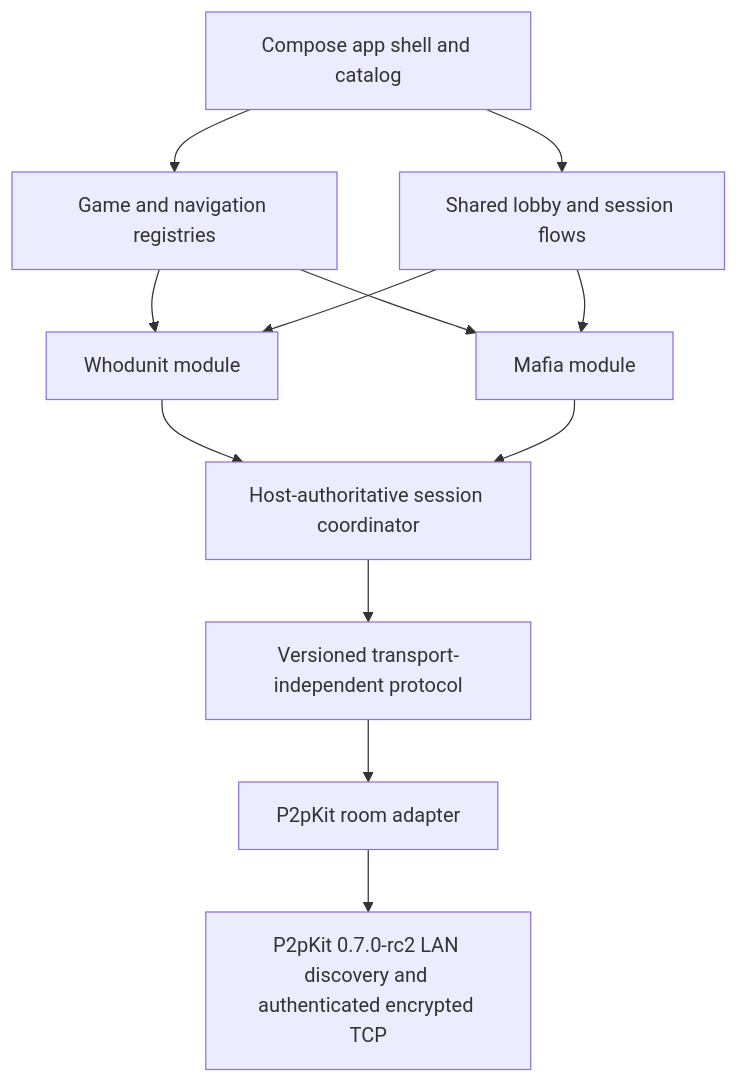
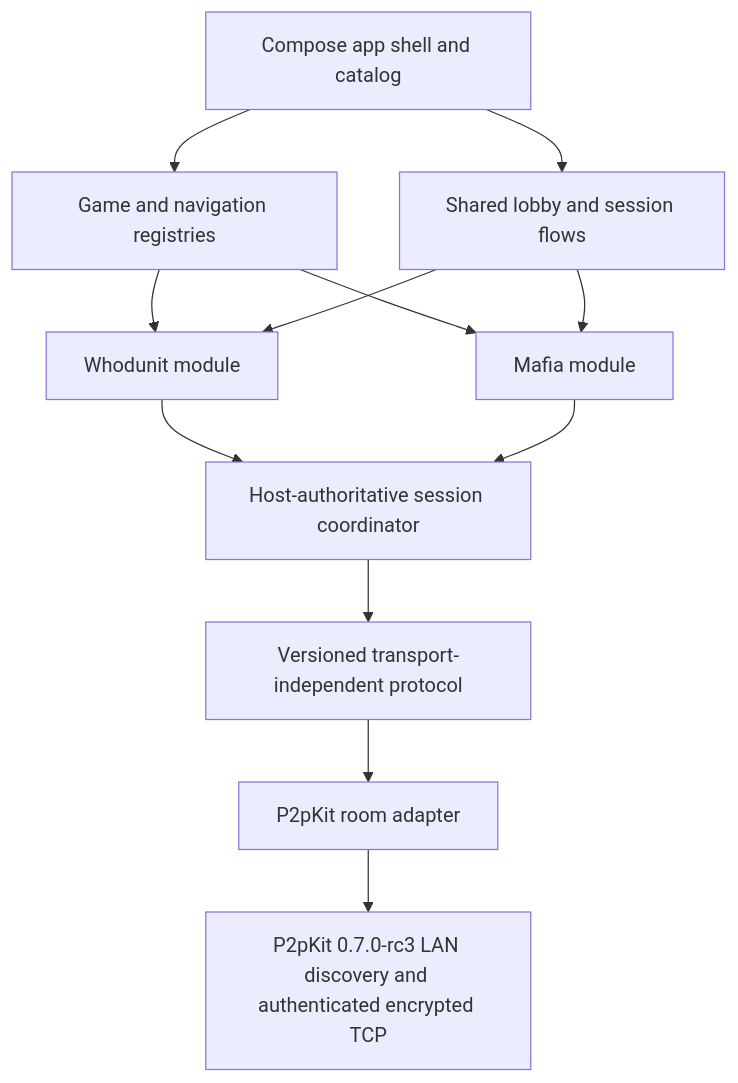
One commit to Apdelrahman1911/parlor changed the first of 4 diagrams in docs/PRODUCTION_ARCHITECTURE.md. Above: the diagram before and after it, drawn with Mermaid. The commit also changed other lines of this file and 20 other files, not shown here.

````diff
--- a/docs/PRODUCTION_ARCHITECTURE.md
+++ b/docs/PRODUCTION_ARCHITECTURE.md
@@ -9,24 +9,24 @@
 ```mermaid
 flowchart TD
     App[Compose app shell and catalog]
     Registry[Game and navigation registries]
     Lobby[Shared lobby and session flows]
     Session[Host-authoritative session coordinator]
     Protocol[Versioned transport-independent protocol]
     Adapter[P2pKit room adapter]
-    Kit[P2pKit 0.7.0-rc2 LAN discovery and authenticated encrypted TCP]
+    Kit[P2pKit 0.7.0-rc3 LAN discovery and authenticated encrypted TCP]
     W[Whodunit module]
     M[Mafia module]
 
     App --> Registry
     App --> Lobby
     Registry --> W
     Registry --> M
     Lobby --> W
     Lobby --> M
     W --> Session
     M --> Session
     Session --> Protocol
     Protocol --> Adapter
     Adapter --> Kit
 ```
````
